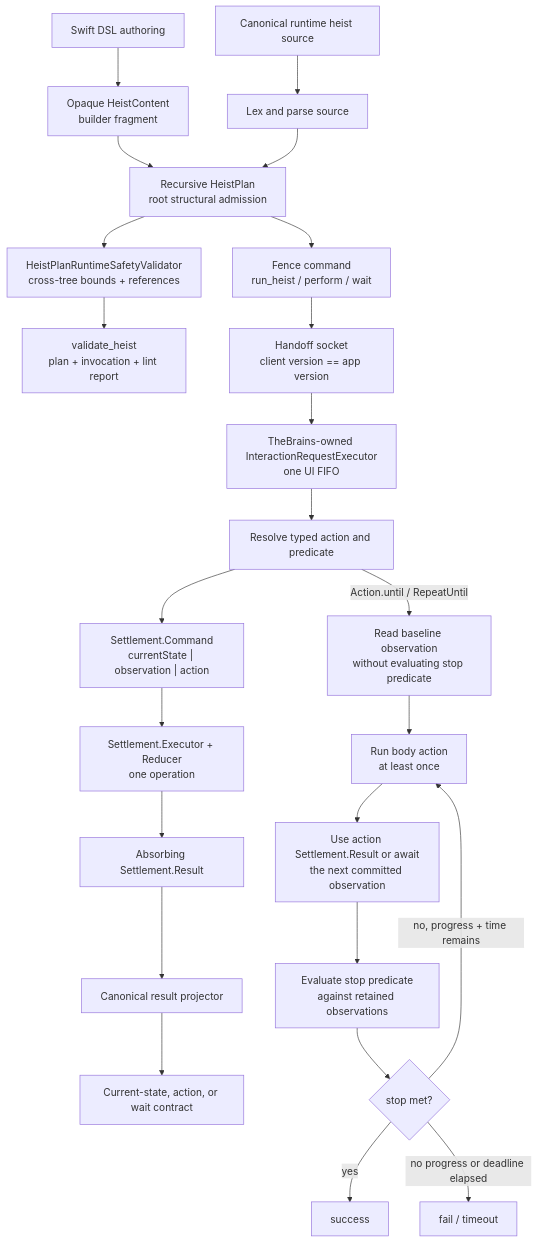
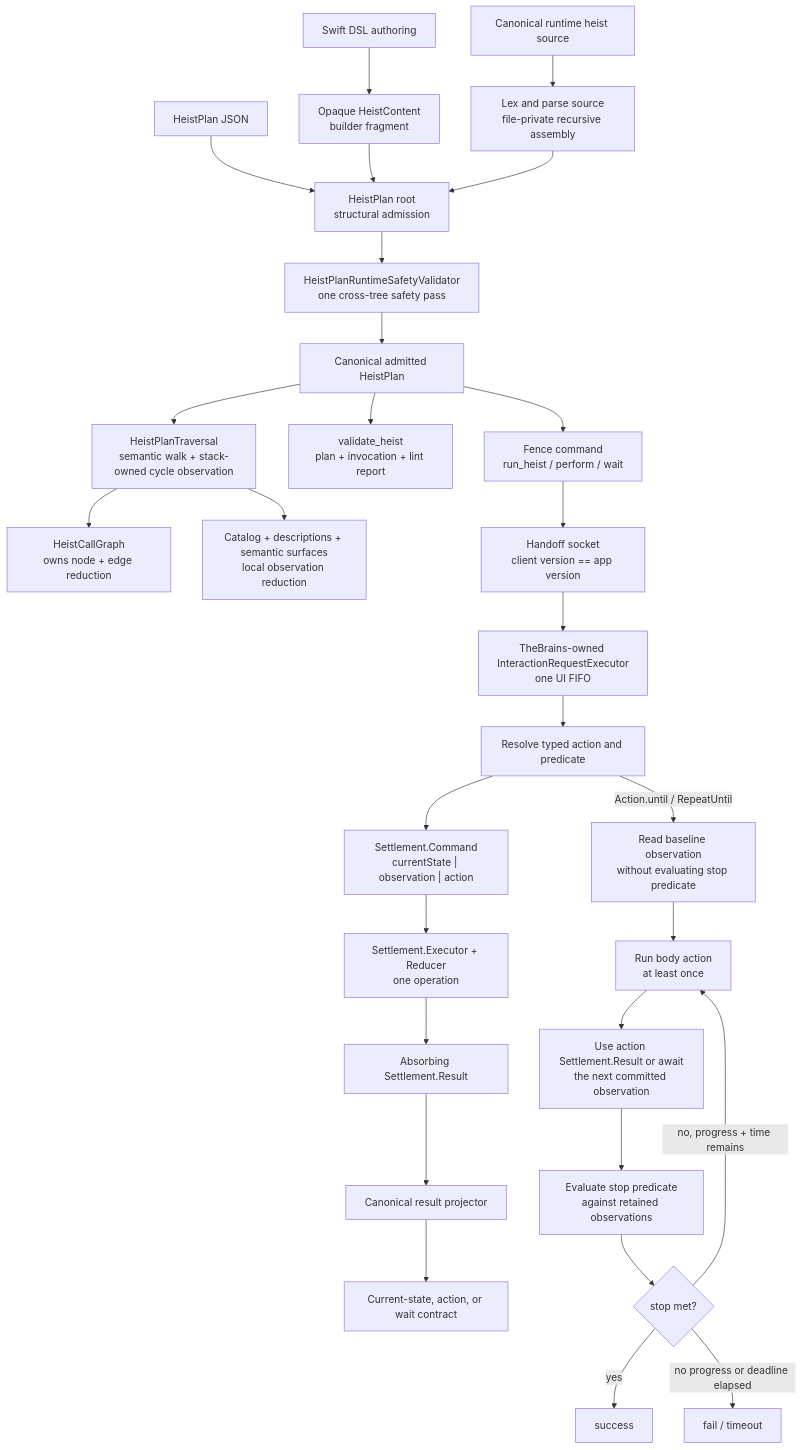
Before and after one commit to RoyalPineapple/TheButtonHeist: the diagram in docs/ARCHITECTURE.md, drawn with Mermaid. The commit also changed other lines of this file, not shown here.

Commit message:
feat(internal-compression-plan-language): implement TD1 - document canonical plan architecture

````diff
--- a/docs/ARCHITECTURE.md
+++ b/docs/ARCHITECTURE.md
@@ -620,28 +639,33 @@
 ```mermaid
 flowchart TD
     SwiftAuthor["Swift DSL authoring"] --> Fragment["Opaque HeistContent<br/>builder fragment"]
-    SourceAuthor["Canonical runtime heist source"] --> Parse["Lex and parse source"]
-    Fragment --> Plan["Recursive HeistPlan<br/>root structural admission"]
-    Parse --> Plan
-    Plan --> Validate["HeistPlanRuntimeSafetyValidator<br/>cross-tree bounds + references"]
-    Validate --> OfflineReport["validate_heist<br/>plan + invocation + lint report"]
+    SourceAuthor["Canonical runtime heist source"] --> Parse["Lex and parse source<br/>file-private recursive assembly"]
+    JSONAuthor["HeistPlan JSON"] --> RootAdmission
+    Fragment --> RootAdmission["HeistPlan root<br/>structural admission"]
+    Parse --> RootAdmission
+    RootAdmission --> Validate["HeistPlanRuntimeSafetyValidator<br/>one cross-tree safety pass"]
+    Validate --> Plan["Canonical admitted HeistPlan"]
+    Plan --> Walk["HeistPlanTraversal<br/>semantic walk + stack-owned cycle observation"]
+    Walk --> Graph["HeistCallGraph<br/>owns node + edge reduction"]
+    Walk --> Discovery["Catalog + descriptions + semantic surfaces<br/>local observation reduction"]
+    Plan --> OfflineReport["validate_heist<br/>plan + invocation + lint report"]
     Plan --> FenceCommand["Fence command<br/>run_heist / perform / wait"]
     FenceCommand --> HandoffSocket["Handoff socket<br/>client version == app version"]
     HandoffSocket --> Executor["TheBrains-owned InteractionRequestExecutor<br/>one UI FIFO"]
 
     Executor --> Resolve["Resolve typed action and predicate"]
     Resolve --> Command["Settlement.Command<br/>currentState | observation | action"]
     Command --> Settlement["Settlement.Executor + Reducer<br/>one operation"]
     Settlement --> Result["Absorbing Settlement.Result"]
     Result --> Project["Canonical result projector"]
     Project --> Response["Current-state, action, or wait contract"]
 
     Resolve -->|Action.until / RepeatUntil| LoopBaseline["Read baseline observation<br/>without evaluating stop predicate"]
     LoopBaseline --> RunBody["Run body action<br/>at least once"]
     RunBody --> ProgressGate["Use action Settlement.Result or await<br/>the next committed observation"]
     ProgressGate --> EvaluateStop["Evaluate stop predicate<br/>against retained observations"]
     EvaluateStop --> StopMet{"stop met?"}
     StopMet -->|yes| Done["success"]
     StopMet -->|no, progress + time remains| RunBody
     StopMet -->|no progress or deadline elapsed| Fail["fail / timeout"]
 ```
````
